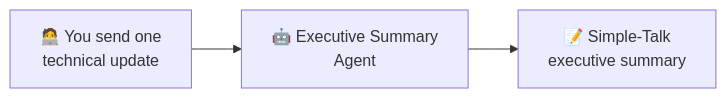
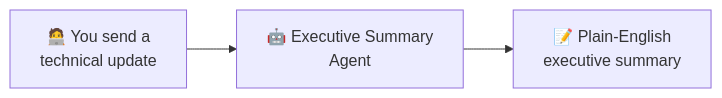
One commit to microsoft-foundry/Foundry_Toolkit_for_VSCode_Lab changed the diagram in translations/pcm/workshop/lab01-single-agent/docs/00-prerequisites.md. Above: the diagram before and after it, drawn with Mermaid. The commit also changed other lines of this file and 76 other files, not shown here.

````diff
--- a/translations/pcm/workshop/lab01-single-agent/docs/00-prerequisites.md
+++ b/translations/pcm/workshop/lab01-single-agent/docs/00-prerequisites.md
@@ -16,5 +16,5 @@
 ```mermaid
 flowchart LR
-    A["🧑‍💻 You send one\ntechnical update"] --> B["🤖 Executive Summary\nAgent"]
-    B --> C["📝 Simple-Talk\nexecutive summary"]
+    A["🧑‍💻 You send a\ntechnical update"] --> B["🤖 Executive Summary\nAgent"]
+    B --> C["📝 Plain-English\nexecutive summary"]
 ```
````
